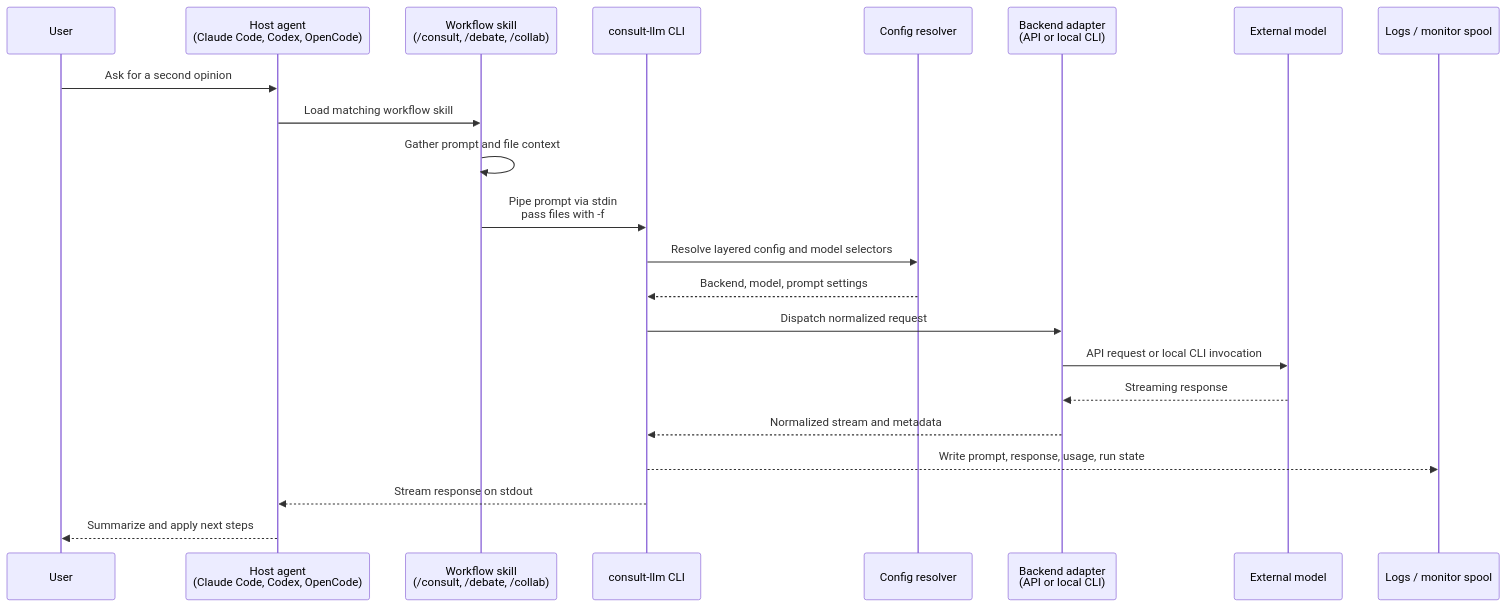
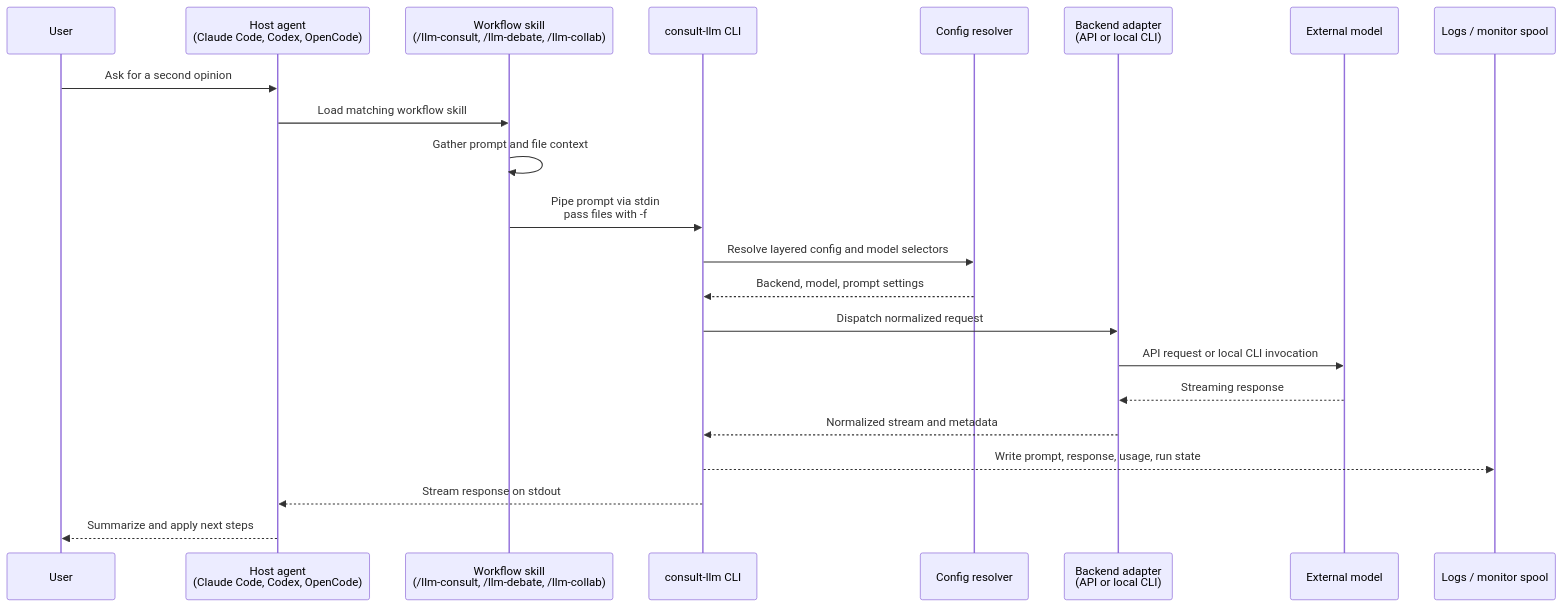
Before and after one commit to raine/consult-llm: the diagram in README.md, drawn with Mermaid. The commit also changed other lines of this file and 2 other files, not shown here.

Commit message:
docs: document canonical bundled skill ownership

````diff
--- a/README.md
+++ b/README.md
@@ -1025,25 +1028,25 @@
 ```mermaid
 sequenceDiagram
     participant User
     participant Agent as Host agent<br/>(Claude Code, Codex, OpenCode)
-    participant Skill as Workflow skill<br/>(/consult, /debate, /collab)
+    participant Skill as Workflow skill<br/>(/llm-consult, /llm-debate, /llm-collab)
     participant CLI as consult-llm CLI
     participant Config as Config resolver
     participant Backend as Backend adapter<br/>(API or local CLI)
     participant Model as External model
     participant Logs as Logs / monitor spool
 
     User->>Agent: Ask for a second opinion
     Agent->>Skill: Load matching workflow skill
     Skill->>Skill: Gather prompt and file context
     Skill->>CLI: Pipe prompt via stdin<br/>pass files with -f
     CLI->>Config: Resolve layered config and model selectors
     Config-->>CLI: Backend, model, prompt settings
     CLI->>Backend: Dispatch normalized request
     Backend->>Model: API request or local CLI invocation
     Model-->>Backend: Streaming response
     Backend-->>CLI: Normalized stream and metadata
     CLI-->>Logs: Write prompt, response, usage, run state
     CLI-->>Agent: Stream response on stdout
     Agent-->>User: Summarize and apply next steps
 ```
````
